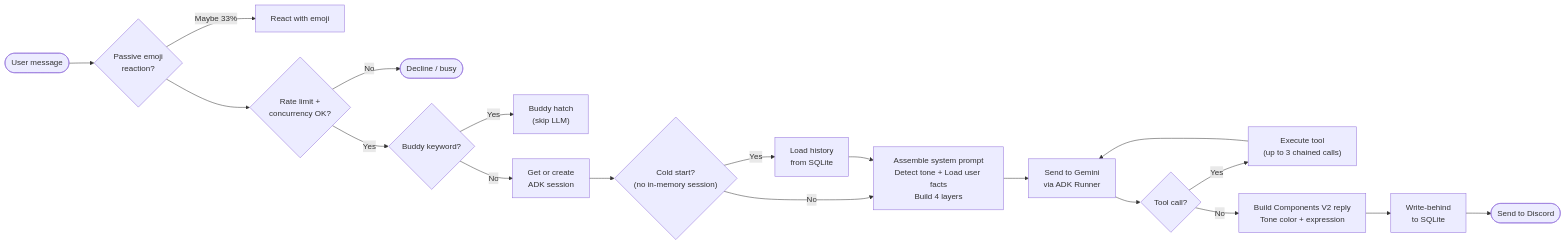
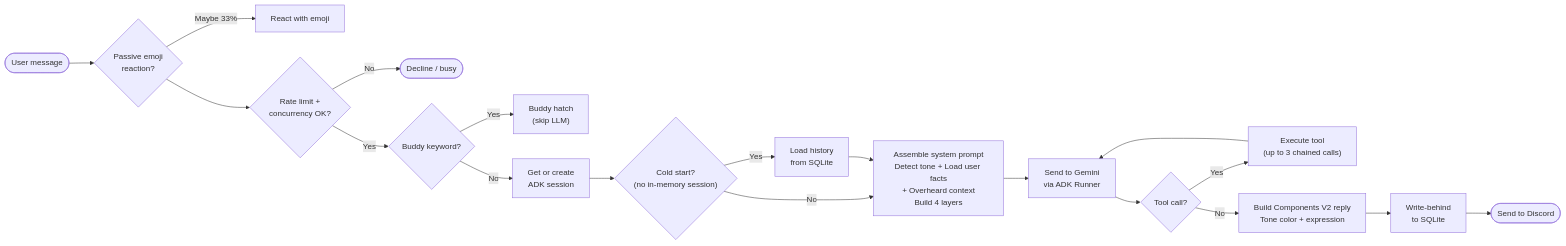
One commit to AlaskanTuna/rokabot changed the second of 9 diagrams in README.md. Above: the diagram before and after it, drawn with Mermaid. The commit also changed other lines of this file and 1 other file, not shown here.

Commit message:
docs: add config.yml comments and update README for new memory architecture

````diff
--- a/README.md
+++ b/README.md
@@ -67,21 +68,21 @@
 ```mermaid
 flowchart LR
     Start([User message]) --> Reaction{"Passive emoji\nreaction?"}
     Reaction -->|Maybe 33%| React["React with emoji"]
     Reaction --> Guards{Rate limit +\nconcurrency OK?}
     Guards -->|No| Reject([Decline / busy])
     Guards -->|Yes| Buddy{Buddy keyword?}
     Buddy -->|Yes| Hatch["Buddy hatch\n(skip LLM)"]
     Buddy -->|No| Session["Get or create\nADK session"]
     Session --> Rehydrate{"Cold start?\n(no in-memory session)"}
     Rehydrate -->|Yes| Load["Load history\nfrom SQLite"]
     Rehydrate -->|No| Prompt
-    Load --> Prompt["Assemble system prompt\nDetect tone + Load user facts\nBuild 4 layers"]
+    Load --> Prompt["Assemble system prompt\nDetect tone + Load user facts\n+ Overheard context\nBuild 4 layers"]
     Prompt --> Gemini["Send to Gemini\nvia ADK Runner"]
     Gemini --> ToolCheck{Tool call?}
     ToolCheck -->|Yes| Execute["Execute tool\n(up to 3 chained calls)"]
     Execute --> Gemini
     ToolCheck -->|No| Format["Build Components V2 reply\nTone color + expression"]
     Format --> Persist["Write-behind\nto SQLite"]
     Persist --> Send([Send to Discord])
 ```
````
